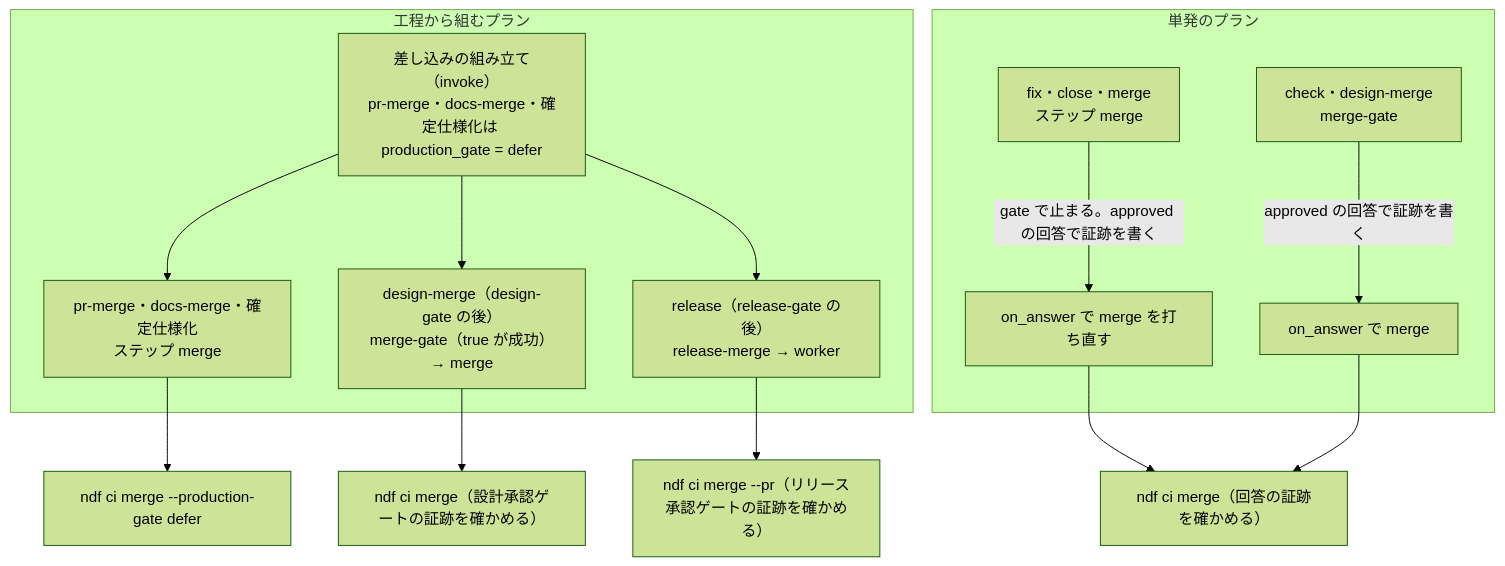
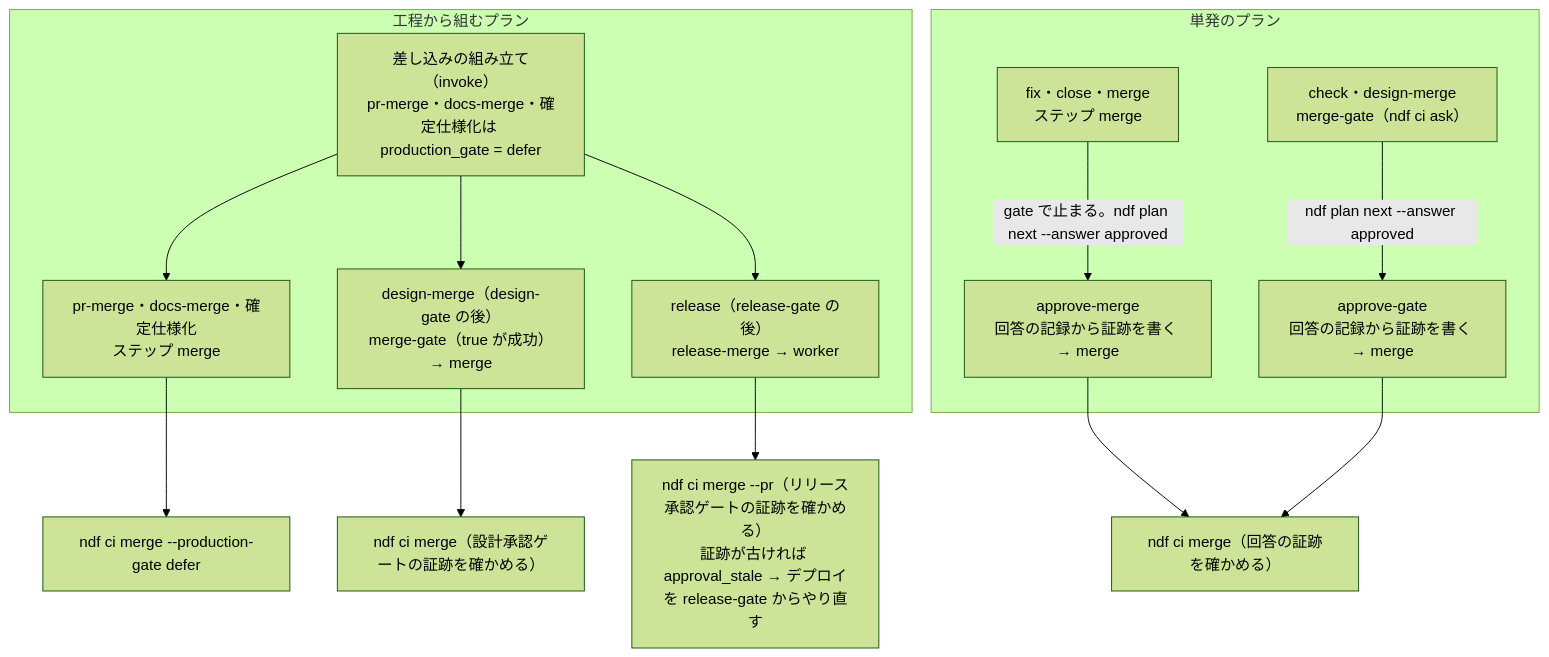
The third of 4 diagrams in issues/issue-4409-design.md (devbasex/ai-plugins), drawn with Mermaid (forest theme) before and after one commit. The commit also changed other lines of this file, not shown here.

````diff
--- a/issues/issue-4409-design.md
+++ b/issues/issue-4409-design.md
@@ -142,18 +148,18 @@
 ```mermaid
 graph TD
     subgraph 工程から組むプラン
         IV["差し込みの組み立て（invoke）<br/>pr-merge・docs-merge・確定仕様化は production_gate = defer"]
         IV --> S1["pr-merge・docs-merge・確定仕様化<br/>ステップ merge"]
         IV --> S2["design-merge（design-gate の後）<br/>merge-gate（true が成功）→ merge"]
         IV --> S3["release（release-gate の後）<br/>release-merge → worker"]
     end
     subgraph 単発のプラン
-        U1["fix・close・merge<br/>ステップ merge"] -->|gate で止まる。approved の回答で証跡を書く| U1b[on_answer で merge を打ち直す]
-        U3["check・design-merge<br/>merge-gate"] -->|approved の回答で証跡を書く| U3b[on_answer で merge]
+        U1["fix・close・merge<br/>ステップ merge"] -->|gate で止まる。ndf plan next --answer approved| U1b["approve-merge<br/>回答の記録から証跡を書く → merge"]
+        U3["check・design-merge<br/>merge-gate（ndf ci ask）"] -->|ndf plan next --answer approved| U3b["approve-gate<br/>回答の記録から証跡を書く → merge"]
     end
     S1 --> CM1["ndf ci merge --production-gate defer"]
     S2 --> CM2["ndf ci merge（設計承認ゲートの証跡を確かめる）"]
-    S3 --> CM3["ndf ci merge --pr（リリース承認ゲートの証跡を確かめる）"]
+    S3 --> CM3["ndf ci merge --pr（リリース承認ゲートの証跡を確かめる）<br/>証跡が古ければ approval_stale → デプロイを release-gate からやり直す"]
     U1b --> CM4["ndf ci merge（回答の証跡を確かめる）"]
     U3b --> CM4
 ```
````
